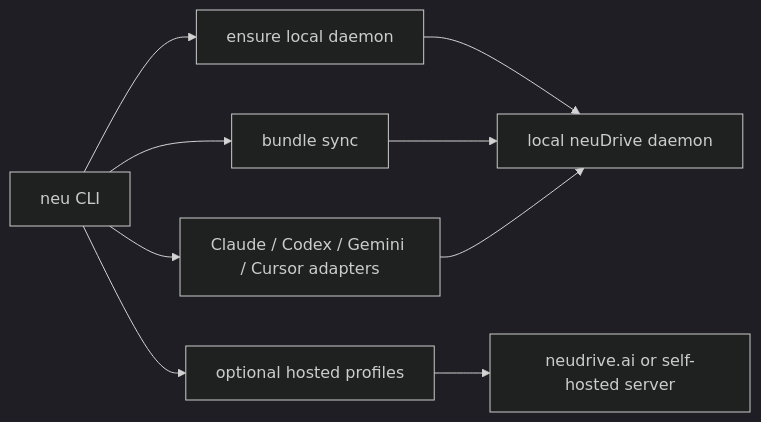
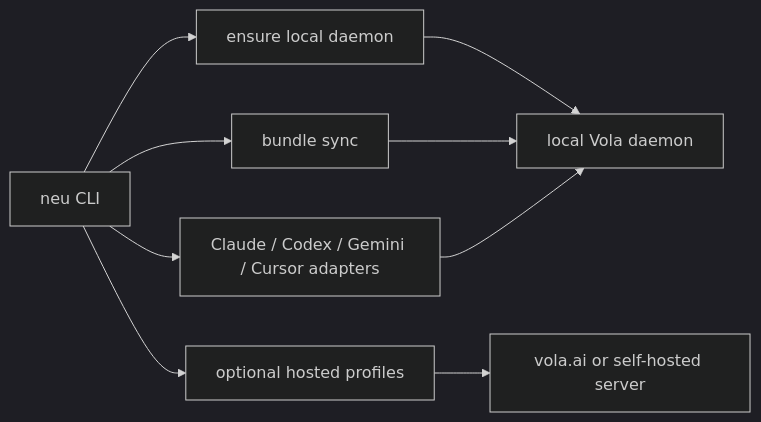
One commit to xiaoliuzhuan666/vola changed the diagram in docs/design.md. Above: the diagram before and after it, drawn with Mermaid (dark theme). The commit also changed other lines of this file and 686 other files, not shown here.

````diff
--- a/docs/design.md
+++ b/docs/design.md
@@ -48,11 +48,11 @@
 ```mermaid
 flowchart LR
     CLI["neu CLI"] --> Ensure["ensure local daemon"]
-    Ensure --> Local["local neuDrive daemon"]
+    Ensure --> Local["local Vola daemon"]
     CLI --> Platforms["Claude / Codex / Gemini / Cursor adapters"]
     CLI --> Sync["bundle sync"]
     Sync --> Local
     CLI --> Remote["optional hosted profiles"]
-    Remote --> Hosted["neudrive.ai or self-hosted server"]
+    Remote --> Hosted["vola.ai or self-hosted server"]
     Platforms --> Local
 ```
````
